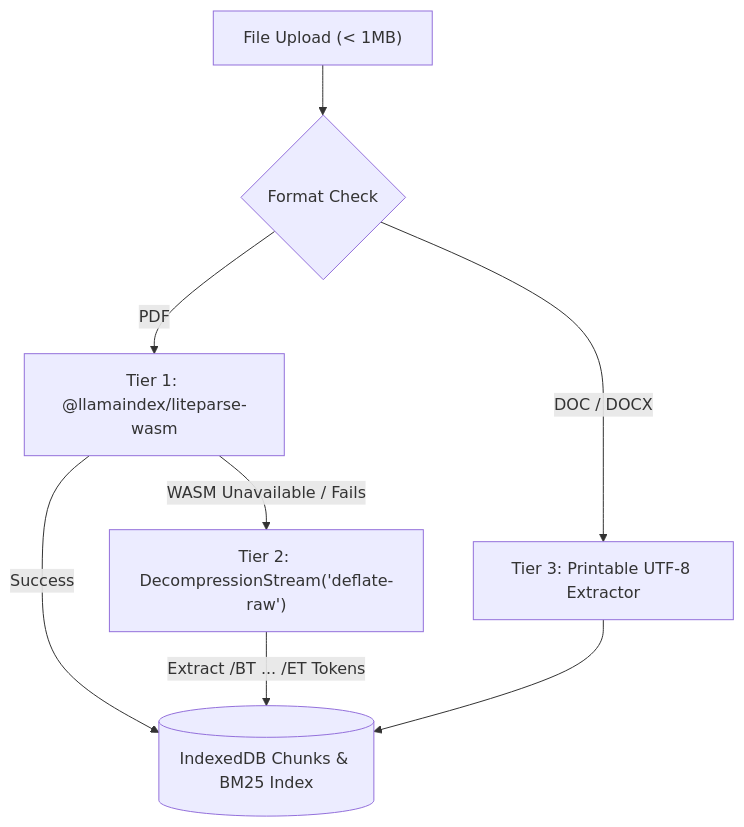
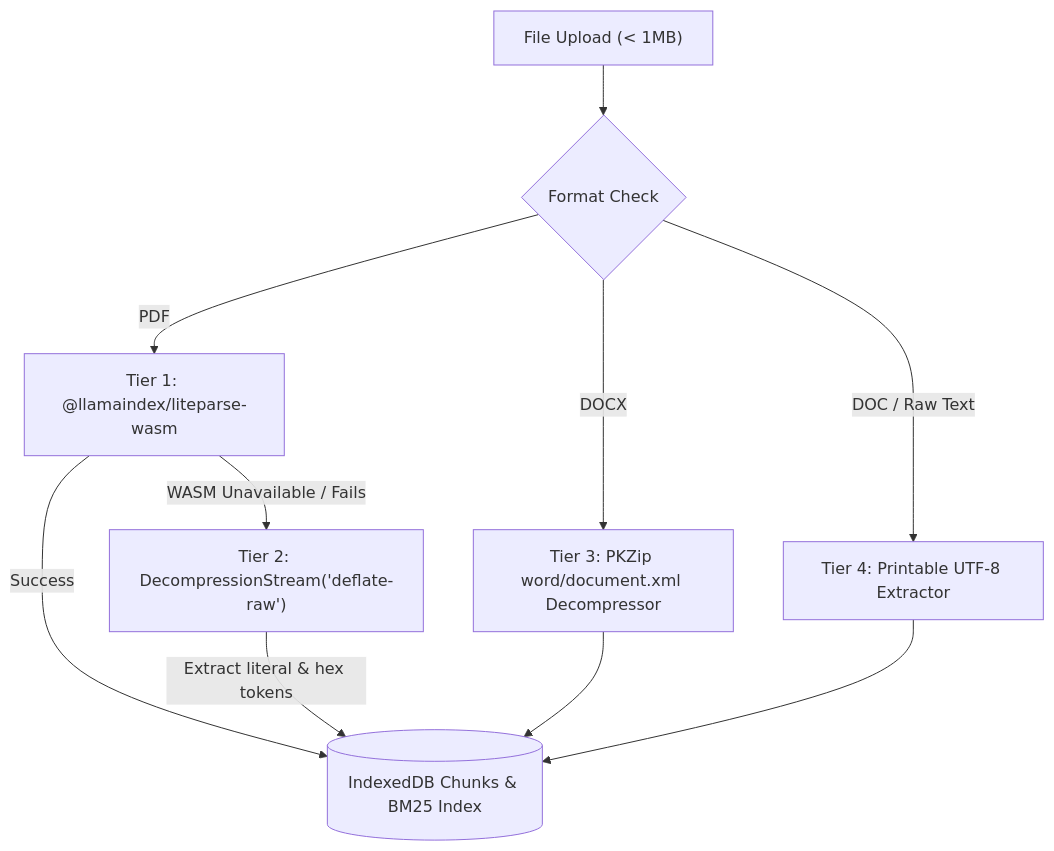
Before and after one commit to AmritSDutta/b_aassistant: the diagram in docs/liteparse-research.mdx, drawn with Mermaid. The commit also changed other lines of this file and 23 other files, not shown here.

````diff
--- a/docs/liteparse-research.mdx
+++ b/docs/liteparse-research.mdx
@@ -61,10 +62,12 @@
 ```mermaid
 flowchart TD
   Upload["File Upload (< 1MB)"] --> CheckFormat{"Format Check"}
   CheckFormat -->|PDF| WASM["Tier 1: @llamaindex/liteparse-wasm"]
   WASM -->|Success| IndexedDB[("IndexedDB Chunks & BM25 Index")]
   WASM -->|WASM Unavailable / Fails| StreamParser["Tier 2: DecompressionStream('deflate-raw')"]
-  StreamParser -->|Extract /BT ... /ET Tokens| IndexedDB
-  CheckFormat -->|DOC / DOCX| TextParser["Tier 3: Printable UTF-8 Extractor"]
+  StreamParser -->|Extract literal & hex tokens| IndexedDB
+  CheckFormat -->|DOCX| ZipParser["Tier 3: PKZip word/document.xml Decompressor"]
+  ZipParser --> IndexedDB
+  CheckFormat -->|DOC / Raw Text| TextParser["Tier 4: Printable UTF-8 Extractor"]
   TextParser --> IndexedDB
 ```
````
